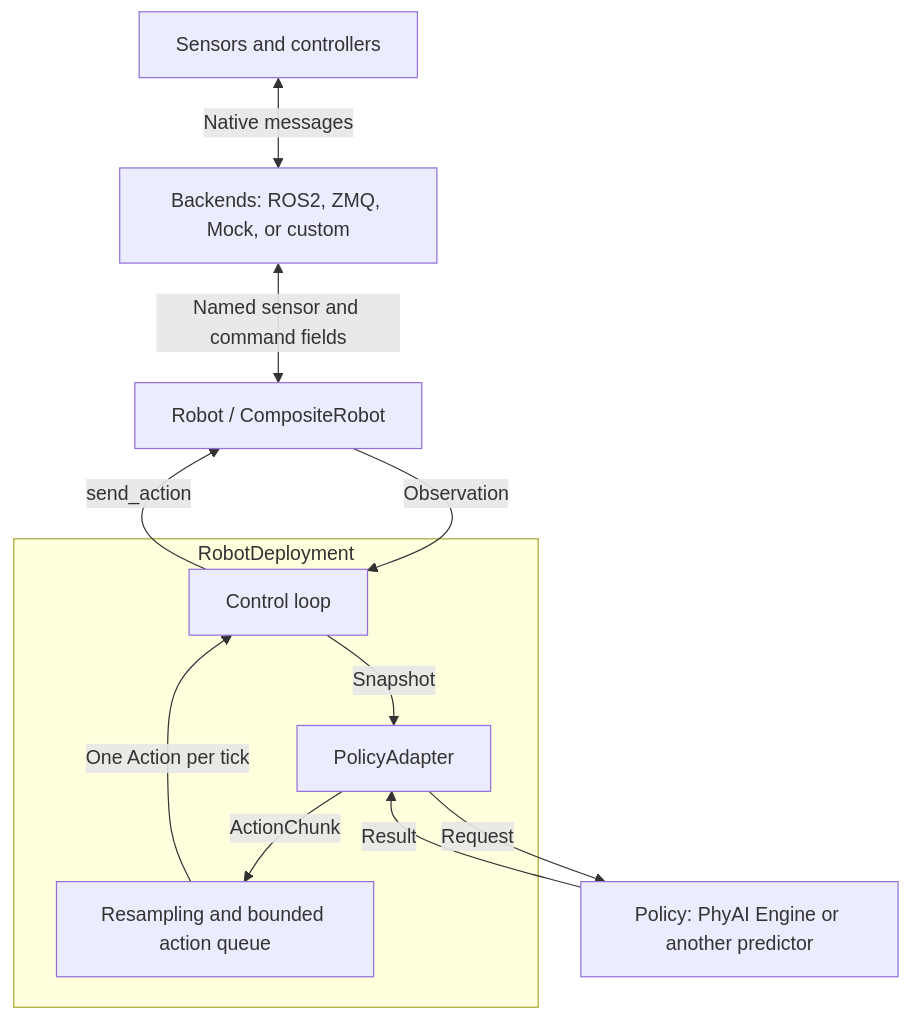
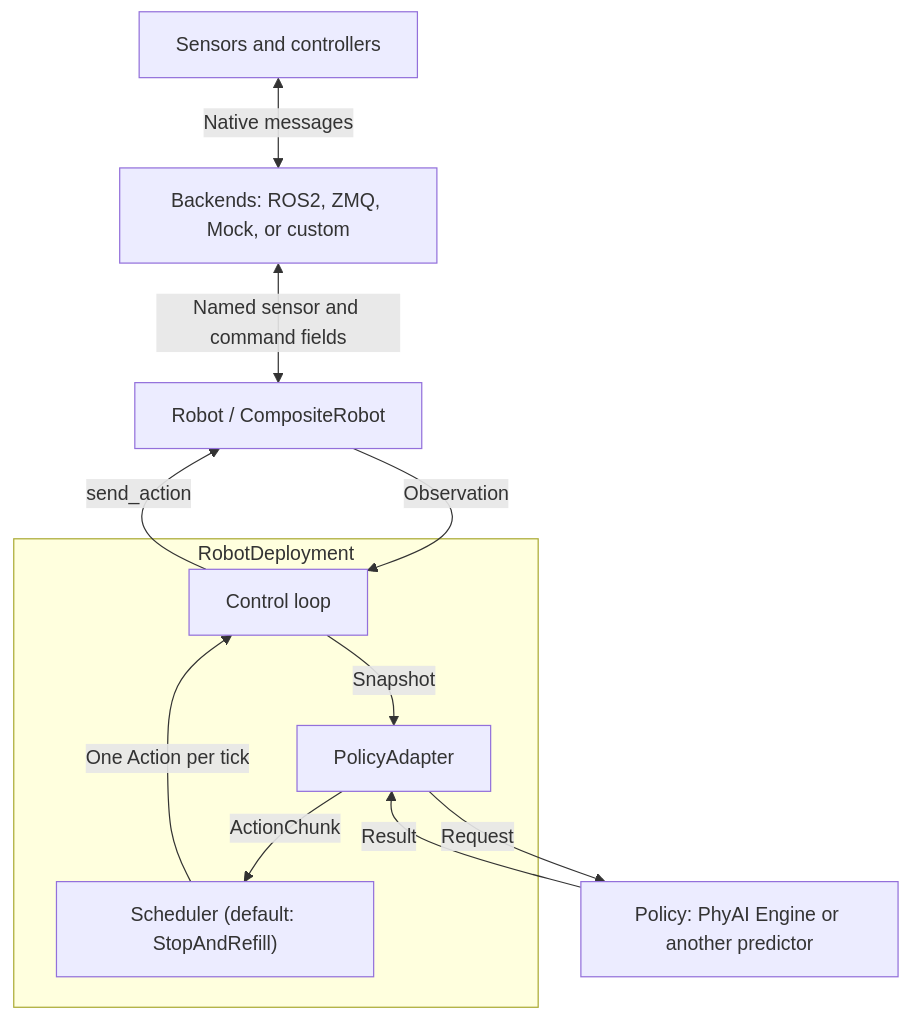
The first of 2 diagrams in phyai-robot/README.md (GzqHerry/phyai), drawn with Mermaid before and after one commit. The commit also changed other lines of this file and 2 other files, not shown here.

````diff
--- a/phyai-robot/README.md
+++ b/phyai-robot/README.md
@@ -28,21 +28,21 @@
 ```mermaid
 flowchart TB
     Devices["Sensors and controllers"]
     Backend["Backends: ROS2, ZMQ, Mock, or custom"]
     Robot["Robot / CompositeRobot"]
     Policy["Policy: PhyAI Engine or another predictor"]
     subgraph Deployment["RobotDeployment"]
         Loop["Control loop"]
         Adapter["PolicyAdapter"]
-        Queue["Resampling and bounded action queue"]
+        Scheduler["Scheduler (default: StopAndRefill)"]
     end
     Devices <-->|Native messages| Backend
     Backend <-->|Named sensor and command fields| Robot
     Robot -->|Observation| Loop
     Loop -->|Snapshot| Adapter
     Adapter -->|Request| Policy
     Policy -->|Result| Adapter
-    Adapter -->|ActionChunk| Queue
-    Queue -->|One Action per tick| Loop
+    Adapter -->|ActionChunk| Scheduler
+    Scheduler -->|One Action per tick| Loop
     Loop -->|send_action| Robot
 ```
````
